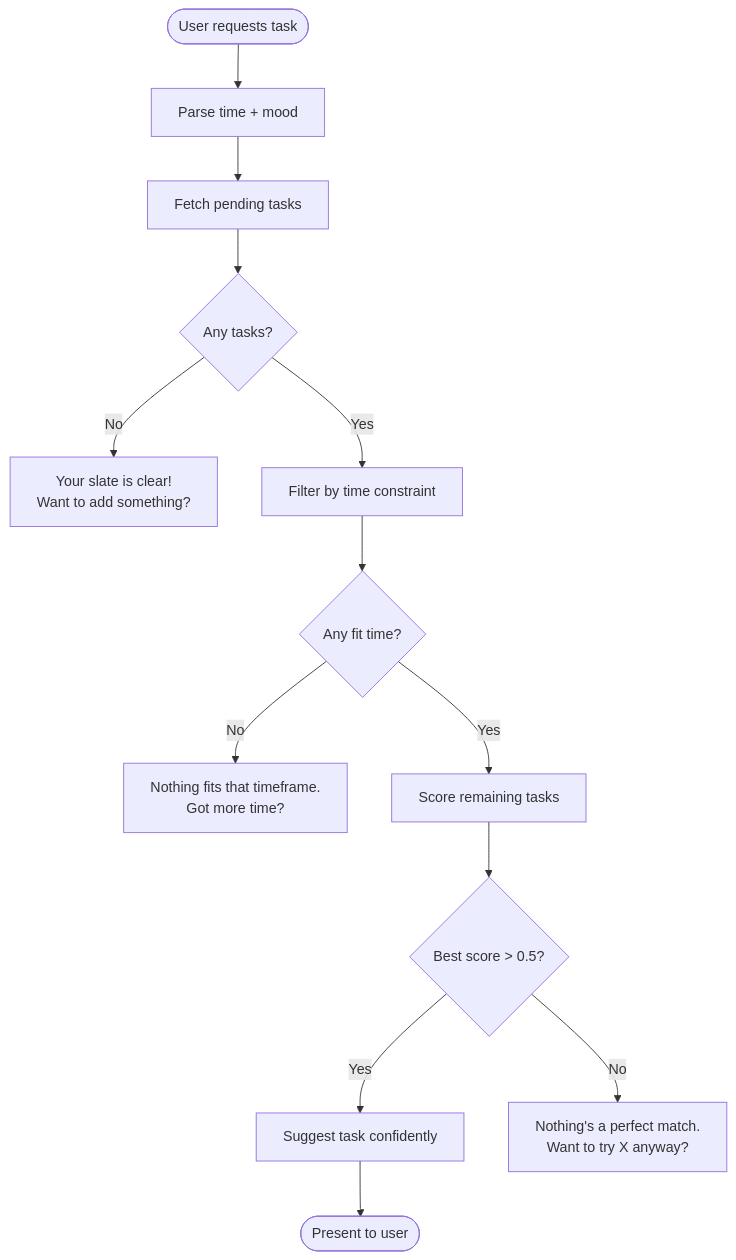
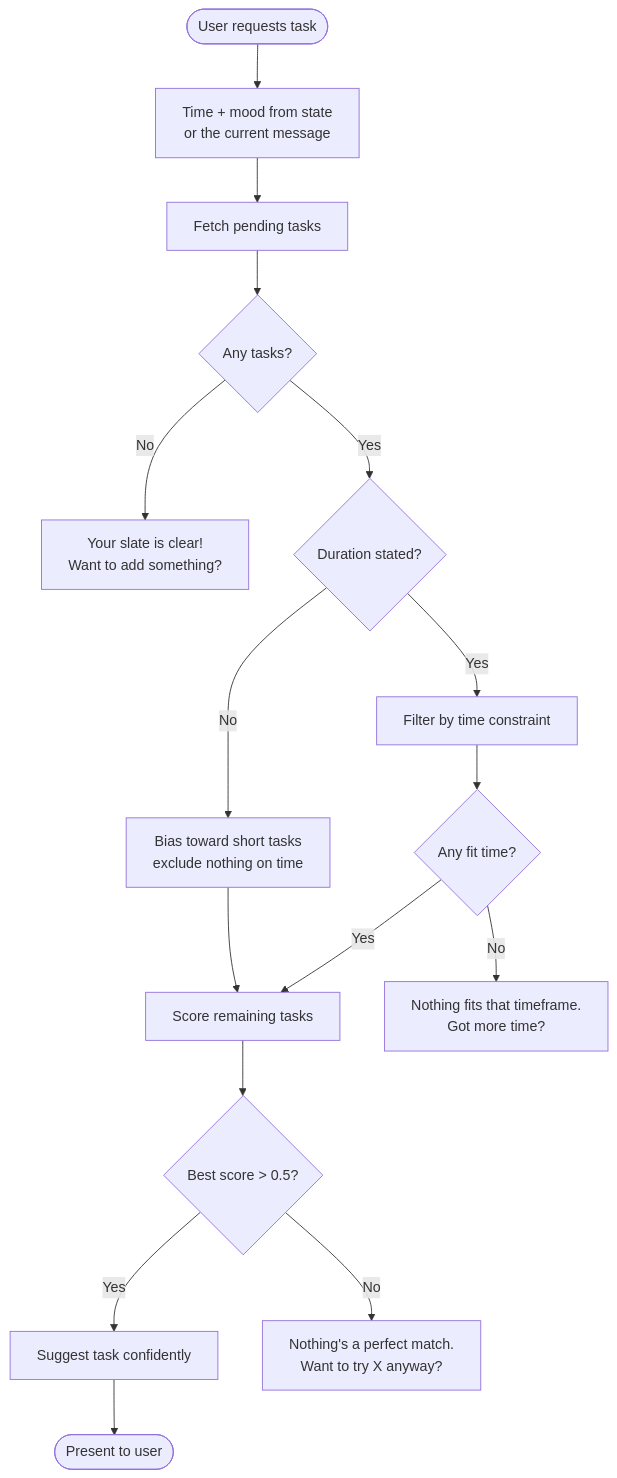
One commit to NickBorgersProbably/hide-my-list changed the sixth of 28 diagrams in docs/user-interactions.md. Above: the diagram before and after it, drawn with Mermaid. The commit also changed 8 other files, not shown here.

First line of the commit message:
fix(selection): guard unknown/blank selections; read time from message

````diff
--- a/docs/user-interactions.md
+++ b/docs/user-interactions.md
@@ -179,19 +179,22 @@
 ```mermaid
 flowchart TD
-    Request([User requests task]) --> ParseContext[Parse time + mood]
+    Request([User requests task]) --> ParseContext[Time + mood from state<br/>or the current message]
     ParseContext --> FetchTasks[Fetch pending tasks]
     FetchTasks --> HasTasks{Any tasks?}
 
     HasTasks -->|No| NoTasks["Your slate is clear!<br/>Want to add something?"]
-    HasTasks -->|Yes| FilterTime[Filter by time constraint]
+    HasTasks -->|Yes| KnownTime{Duration stated?}
+    KnownTime -->|Yes| FilterTime[Filter by time constraint]
+    KnownTime -->|No| ShortBias[Bias toward short tasks<br/>exclude nothing on time]
+    ShortBias --> ScoreTasks
 
     FilterTime --> HasMatches{Any fit time?}
     HasMatches -->|No| NoFit["Nothing fits that timeframe.<br/>Got more time?"]
     HasMatches -->|Yes| ScoreTasks[Score remaining tasks]
 
     ScoreTasks --> BestScore{Best score > 0.5?}
     BestScore -->|Yes| Suggest[Suggest task confidently]
     BestScore -->|No| Unsure["Nothing's a perfect match.<br/>Want to try X anyway?"]
 
     Suggest --> Present([Present to user])
 ```
````
